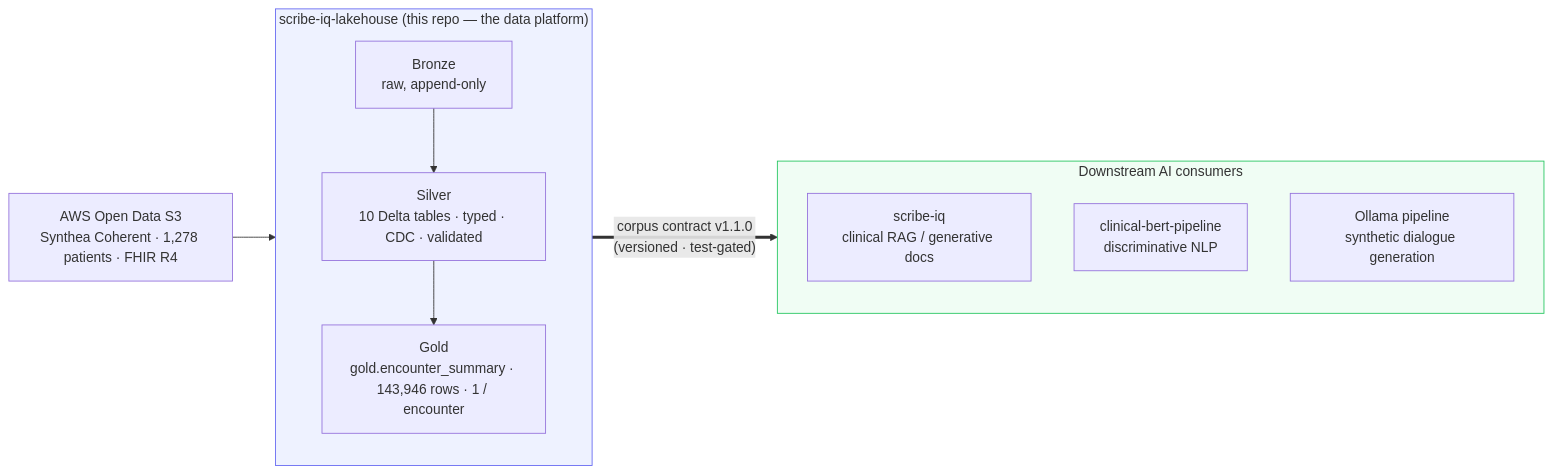
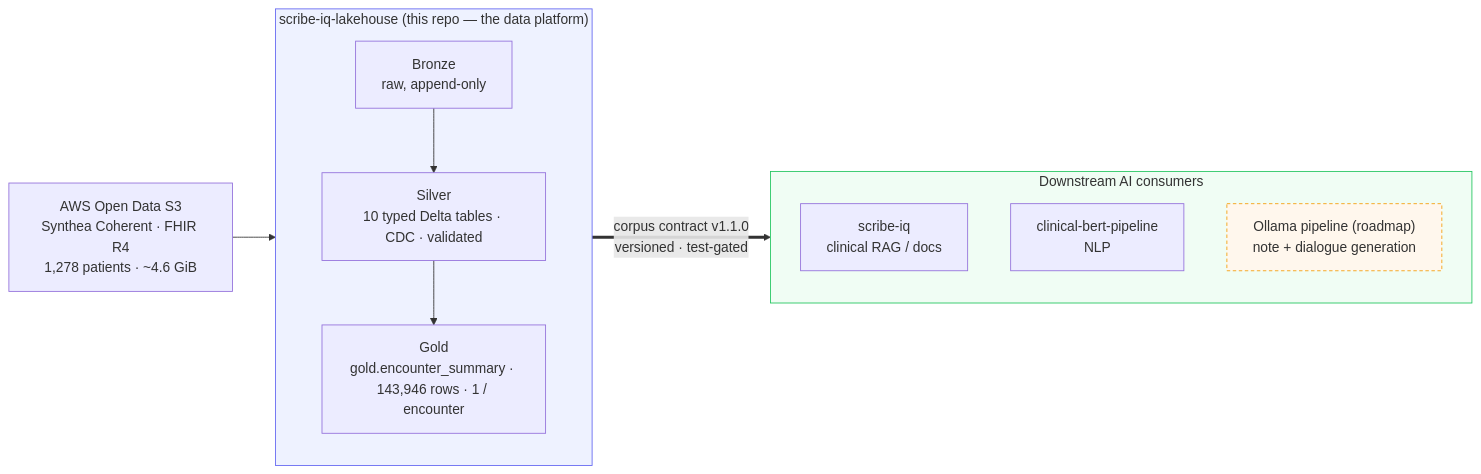
Before and after one commit to sandeep-jay/scribe-iq-lakehouse: the first of 3 diagrams in docs/index.md, drawn with Mermaid. The commit also changed other lines of this file and 11 other files, not shown here.

First line of the commit message:
docs: stack-forward homepage, architecture diagrams, provenance, and repo metadata (#5)

````diff
--- a/docs/index.md
+++ b/docs/index.md
@@ -84,23 +116,25 @@
 ```mermaid
 flowchart LR
-    S3["AWS Open Data S3<br/>Synthea Coherent · 1,278 patients · FHIR R4"]
+    S3["AWS Open Data S3<br/>Synthea Coherent · FHIR R4<br/>1,278 patients · ~4.6 GiB"]
     subgraph LH["scribe-iq-lakehouse  (this repo — the data platform)"]
         direction TB
         BR["Bronze<br/>raw, append-only"]
-        SV["Silver<br/>10 Delta tables · typed · CDC · validated"]
+        SV["Silver<br/>10 typed Delta tables · CDC · validated"]
         GD["Gold<br/>gold.encounter_summary · 143,946 rows · 1 / encounter"]
         BR --> SV --> GD
     end
     S3 --> BR
-    GD == "corpus contract v1.1.0<br/>(versioned · test-gated)" ==> C
+    GD == "corpus contract v1.1.0<br/>versioned · test-gated" ==> C
     subgraph C["Downstream AI consumers"]
         direction TB
-        SIQ["scribe-iq<br/>clinical RAG / generative docs"]
-        BERT["clinical-bert-pipeline<br/>discriminative NLP"]
-        OLL["Ollama pipeline<br/>synthetic dialogue generation"]
+        SIQ["scribe-iq<br/>clinical RAG / docs"]
+        BERT["clinical-bert-pipeline<br/>NLP"]
+        OLL["Ollama pipeline (roadmap)<br/>note + dialogue generation"]
     end
     classDef plat fill:#eef2ff,stroke:#6366f1;
     classDef cons fill:#f0fdf4,stroke:#22c55e;
+    classDef road fill:#fff7ed,stroke:#f59e0b,stroke-dasharray:4 3;
     class LH plat
     class C cons
+    class OLL road
 ```
````
